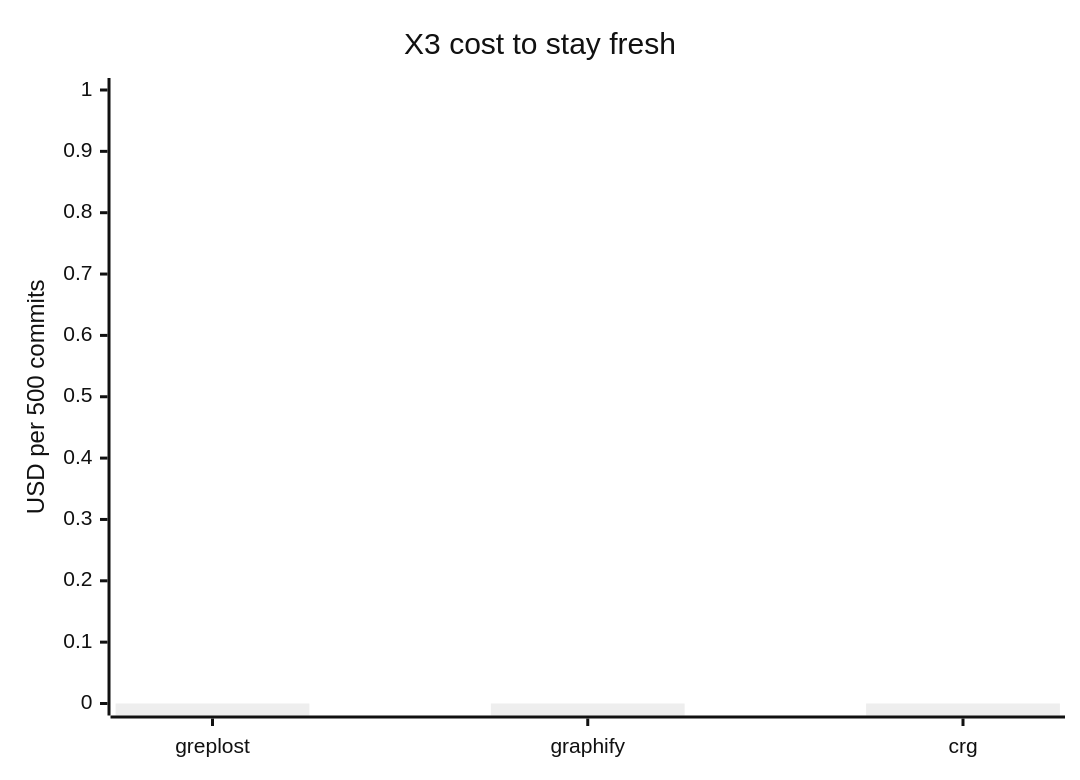
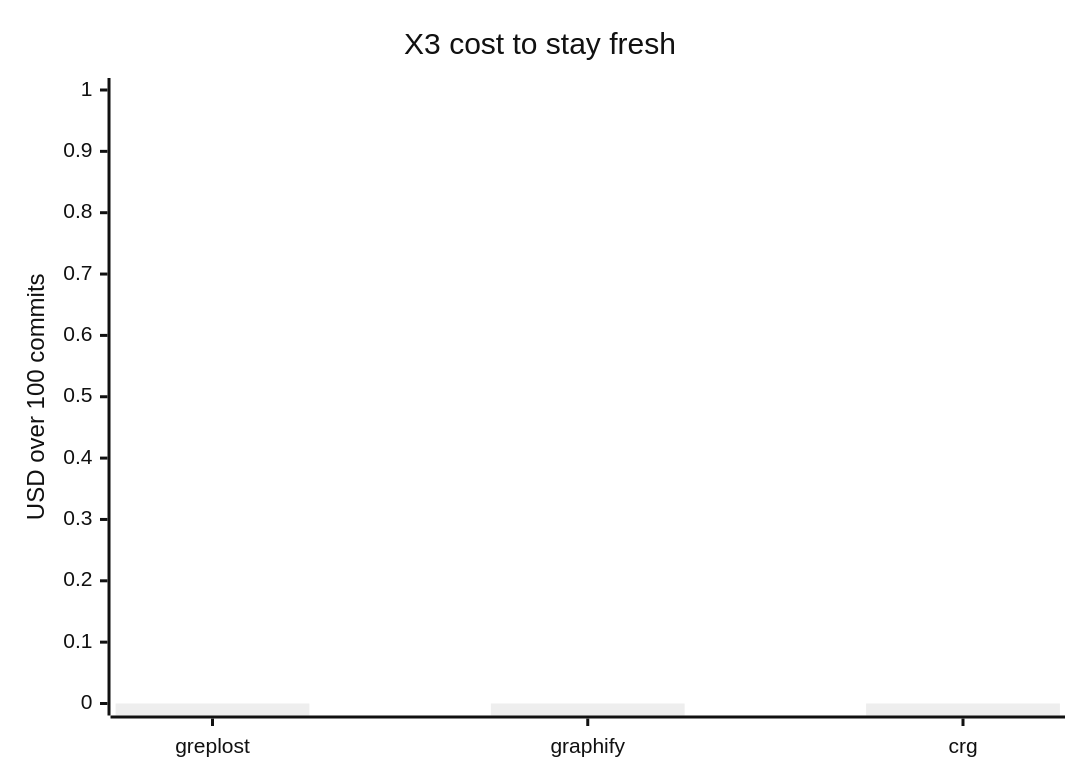
Before and after one commit to sns45/greplost: the fourth of 6 diagrams in bench/RESULTS.md, drawn with Mermaid (neutral theme). The commit also changed other lines of this file and 30 other files, not shown here.

First line of the commit message:
fix(bench-report): re-measured payloads, arm charts, and the section 11 captures

````diff
--- a/bench/RESULTS.md
+++ b/bench/RESULTS.md
@@ -154,9 +154,10 @@
 ```mermaid
 xychart-beta
     title "X3 cost to stay fresh"
     x-axis ["greplost", "graphify", "crg"]
-    y-axis "USD per 500 commits" 0 --> 1
+    y-axis "USD over 100 commits" 0 --> 1
     bar [0, 0, 0]
     %% series, in order: USD
     %% not measured, omitted from the x axis: ua
+    %% Every tool that ran here ran its no-LLM path, so USD is 0 for all of them; the wall-clock that separates them is in the table. Measured on corpus hono, tier M (248 files); 100 replayed commits.
 ```
````
